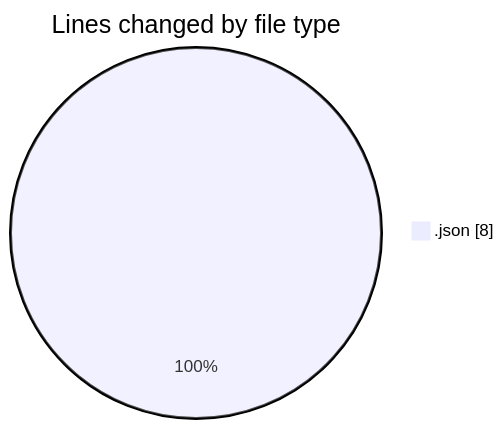
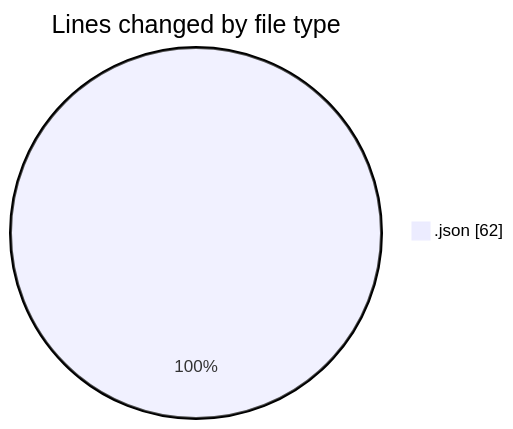
One commit to EIIisD/code-tracking changed the first of 2 diagrams in 2025-07-29/refunds/README.md. Above: the diagram before and after it, drawn with Mermaid. The commit also changed other lines of this file and 1 other file, not shown here.

````diff
--- a/2025-07-29/refunds/README.md
+++ b/2025-07-29/refunds/README.md
@@ -20,5 +20,5 @@
 ```mermaid
 pie showData
 title Lines changed by file type
-".json" : 8
+".json" : 62
 ```
````
